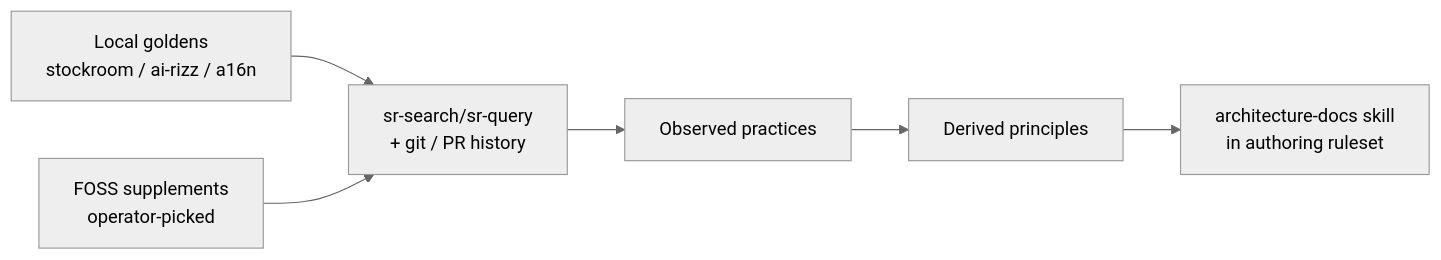
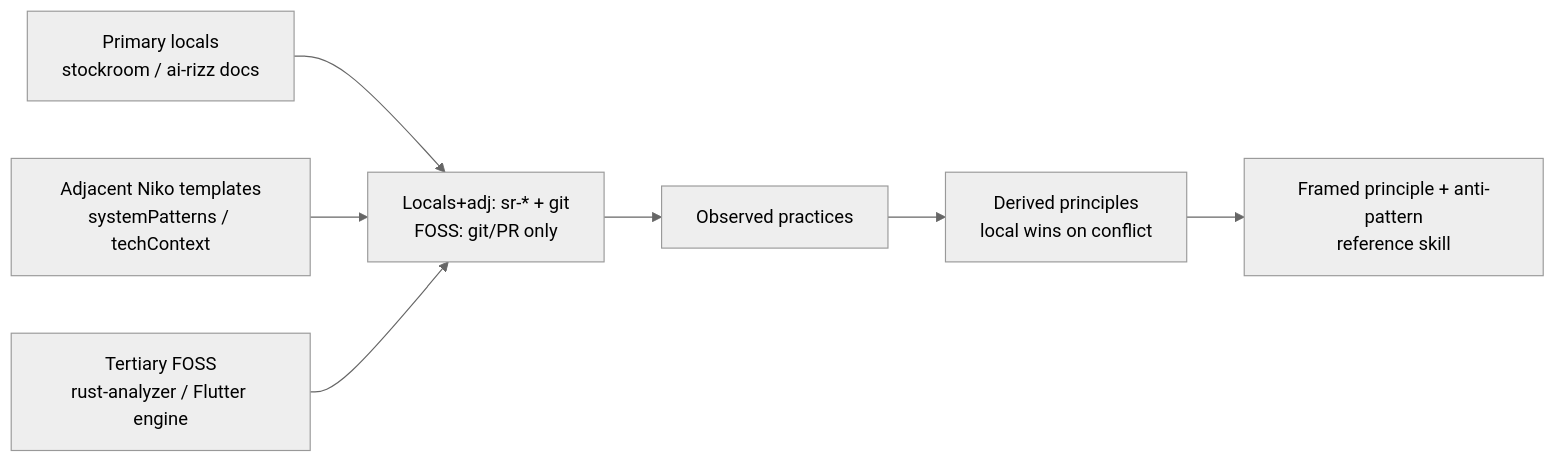
Before and after one commit to Texarkanine/.cursor-rules: the diagram in memory-bank/active/tasks.md, drawn with Mermaid (neutral theme). The commit also changed other lines of this file and 4 other files, not shown here.

````diff
--- a/memory-bank/active/tasks.md
+++ b/memory-bank/active/tasks.md
@@ -15,8 +15,9 @@
 ```mermaid
 flowchart LR
-  Local["Local goldens<br/>stockroom / ai-rizz / a16n"] --> Research
-  Foss["FOSS supplements<br/>operator-picked"] --> Research
-  Research["sr-search/sr-query<br/>+ git / PR history"] --> Practices["Observed practices"]
-  Practices --> Principles["Derived principles"]
-  Principles --> Skill["architecture-docs skill<br/>in authoring ruleset"]
+  Local["Primary locals<br/>stockroom / ai-rizz docs"] --> Research
+  Adj["Adjacent Niko templates<br/>systemPatterns / techContext"] --> Research
+  Foss["Tertiary FOSS<br/>rust-analyzer / Flutter engine"] --> Research
+  Research["Locals+adj: sr-* + git<br/>FOSS: git/PR only"] --> Practices["Observed practices"]
+  Practices --> Principles["Derived principles<br/>local wins on conflict"]
+  Principles --> Skill["Framed principle + anti-pattern<br/>reference skill"]
 ```
````
